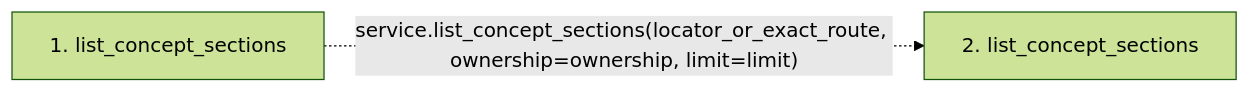
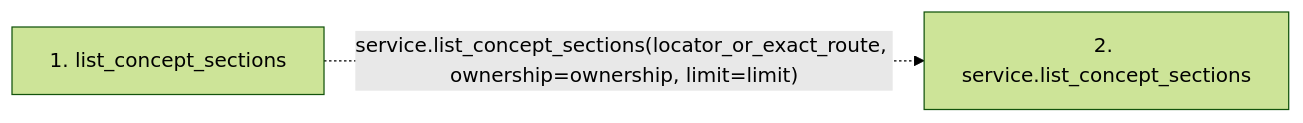
The second of 2 diagrams in docs/llm_wiki/flows/mcp-list_concept_sections.md (Denissvgn/python-wiki-llm), drawn with Mermaid (forest theme) before and after one commit. The commit also changed other lines of this file and 719 other files, not shown here.

````diff
--- a/docs/llm_wiki/flows/mcp-list_concept_sections.md
+++ b/docs/llm_wiki/flows/mcp-list_concept_sections.md
@@ -19,7 +20,7 @@
 ```mermaid
 flowchart LR
     s1["1. list_concept_sections"]
-    s2["2. list_concept_sections"]
+    s2["2. service.list_concept_sections"]
     s1 -. "service.list_concept_sections(locator_or_exact_route, ownership=ownership, limit=limit)" .-> s2
     click s1 "../modules/mcp_server.md"
 ```
````
